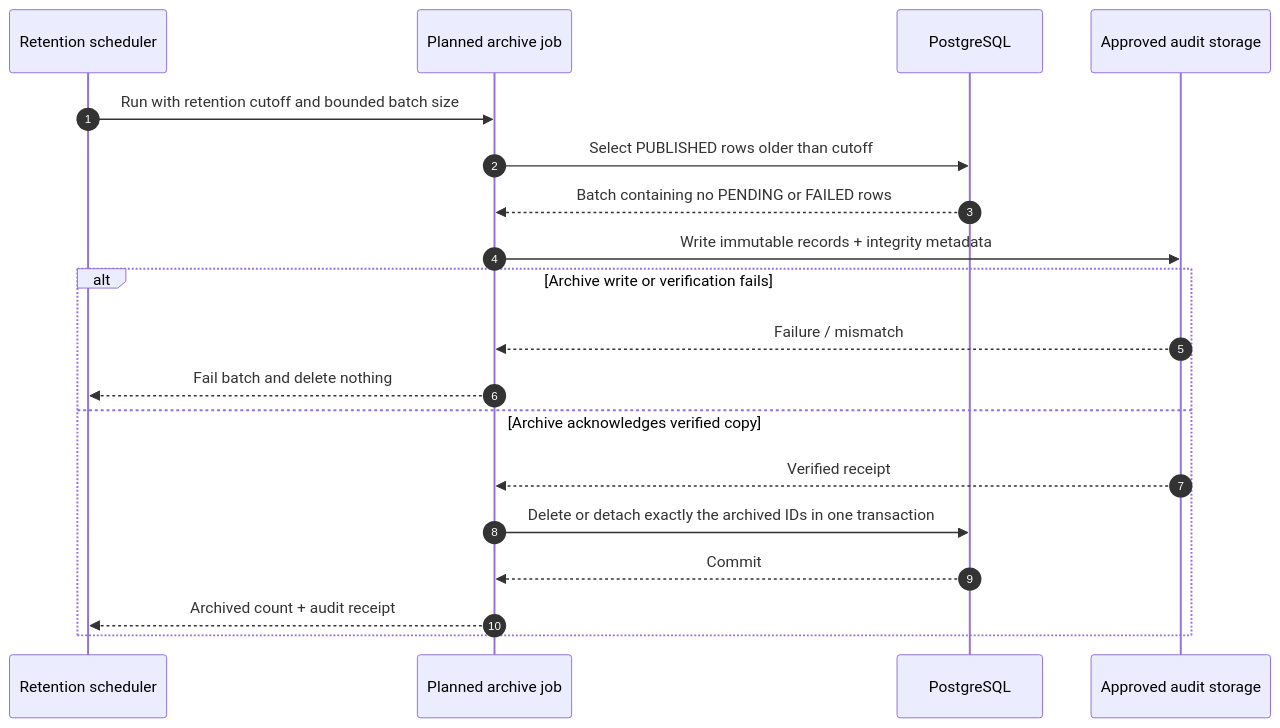
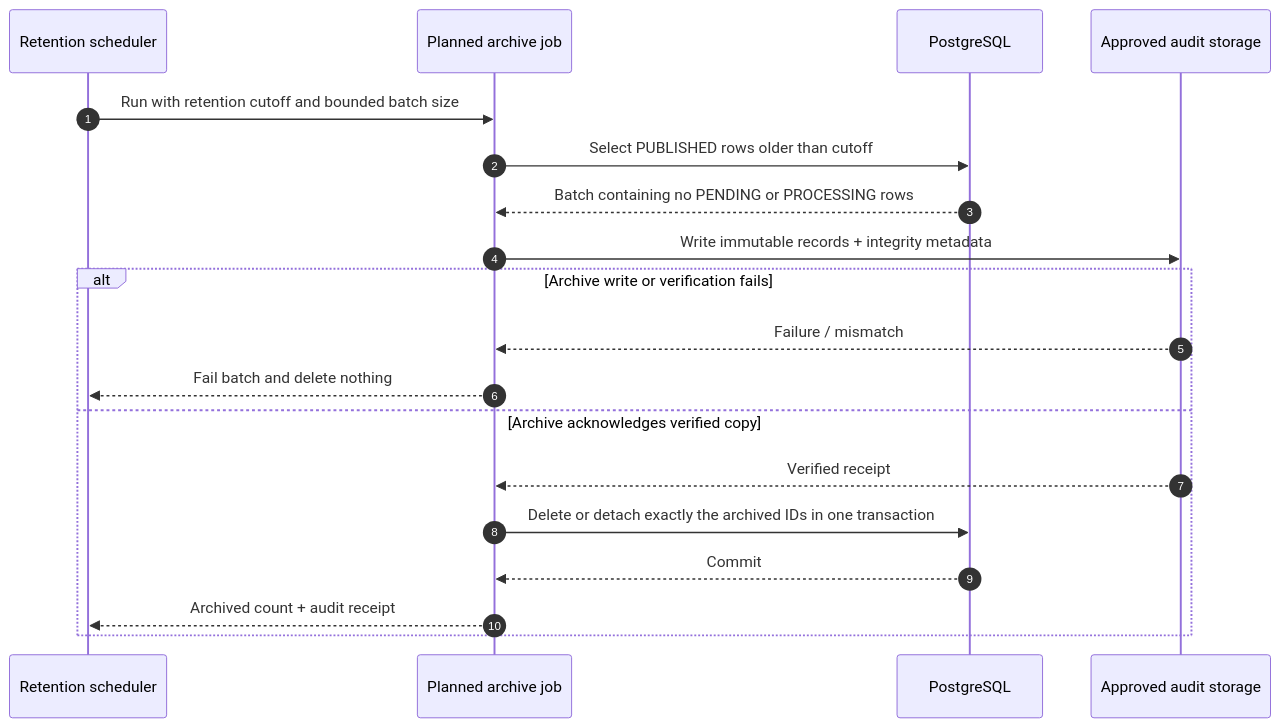
Before and after one commit to tarunngusain08/transaction-outbox-service: diagram 14 of 16 in docs/sequence-diagrams.md, drawn with Mermaid. The commit also changed other lines of this file and 25 other files, not shown here.

````diff
--- a/docs/sequence-diagrams.md
+++ b/docs/sequence-diagrams.md
@@ -484,22 +487,22 @@
 ```mermaid
 sequenceDiagram
     autonumber
     participant Scheduler as Retention scheduler
     participant ArchiveJob as Planned archive job
     participant DB as PostgreSQL
     participant Archive as Approved audit storage
 
     Scheduler->>ArchiveJob: Run with retention cutoff and bounded batch size
     ArchiveJob->>DB: Select PUBLISHED rows older than cutoff
-    DB-->>ArchiveJob: Batch containing no PENDING or FAILED rows
+    DB-->>ArchiveJob: Batch containing no PENDING or PROCESSING rows
     ArchiveJob->>Archive: Write immutable records + integrity metadata
     alt Archive write or verification fails
         Archive-->>ArchiveJob: Failure / mismatch
         ArchiveJob-->>Scheduler: Fail batch and delete nothing
     else Archive acknowledges verified copy
         Archive-->>ArchiveJob: Verified receipt
         ArchiveJob->>DB: Delete or detach exactly the archived IDs in one transaction
         DB-->>ArchiveJob: Commit
         ArchiveJob-->>Scheduler: Archived count + audit receipt
     end
 ```
````
